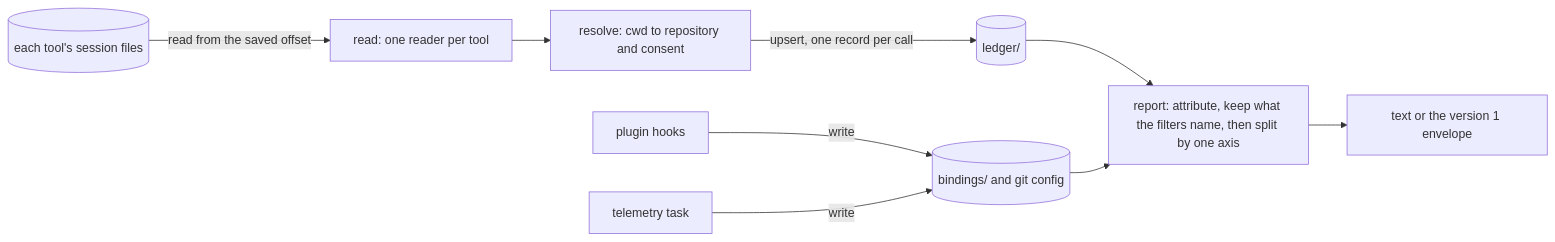
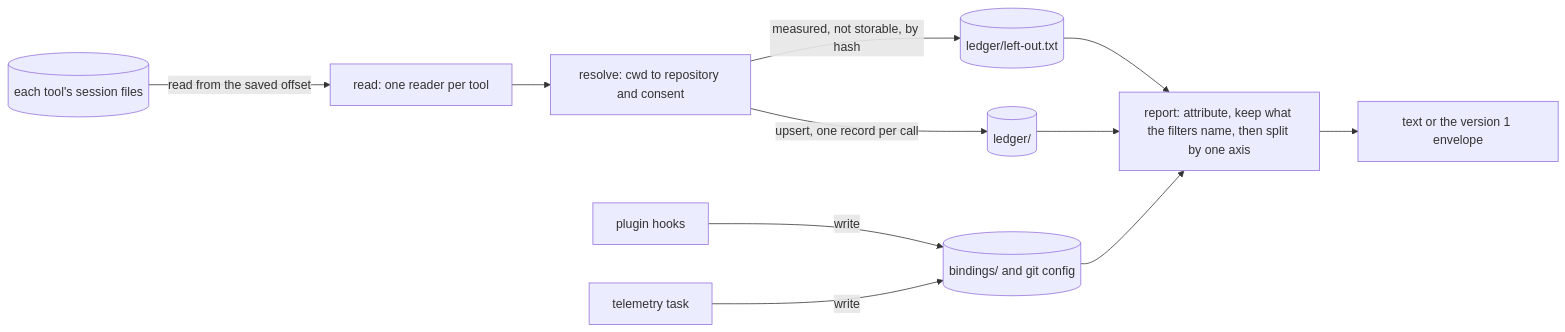
The diagram in cli/aidd_docs/memory/telemetry.md (BlandineRdl/framework), drawn with Mermaid before and after one commit. The commit also changed other lines of this file and 52 other files, not shown here.

````diff
--- a/cli/aidd_docs/memory/telemetry.md
+++ b/cli/aidd_docs/memory/telemetry.md
@@ -18,11 +18,13 @@
 ```mermaid
 flowchart LR
     Files[("each tool's session files")] -->|read from the saved offset| Reader["read: one reader per tool"]
     Reader --> Resolver["resolve: cwd to repository and consent"]
     Resolver -->|upsert, one record per call| Ledger[("ledger/")]
+    Resolver -->|measured, not storable, by hash| Left[("ledger/left-out.txt")]
+    Left --> Report
     Hooks["plugin hooks"] -->|write| Bindings[("bindings/ and git config")]
     Task["telemetry task"] -->|write| Bindings
     Ledger --> Report["report: attribute, keep what the filters name, then split by one axis"]
     Bindings --> Report
     Report --> Out["text or the version 1 envelope"]
 ```
````
